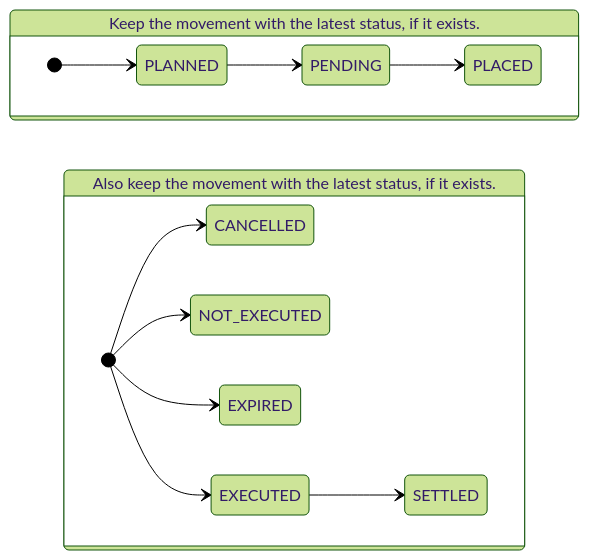
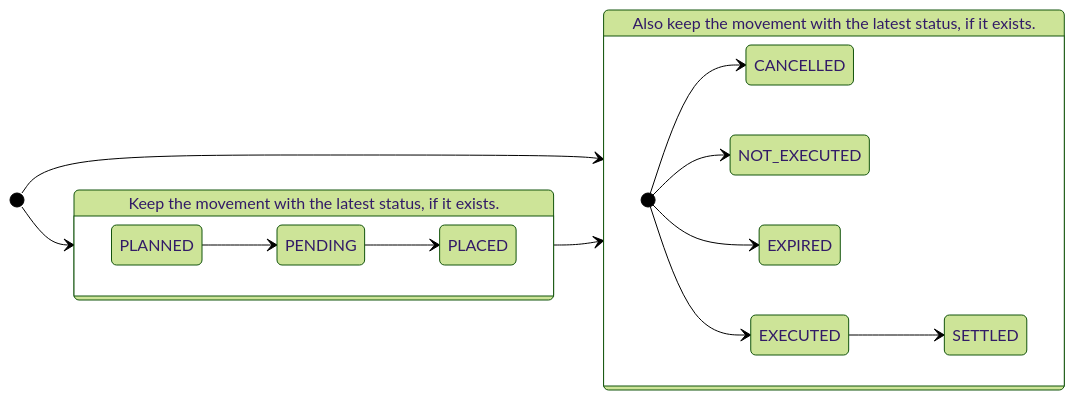
The second of 2 diagrams in docs/concepts/transactions.md (arcilli/investsuite-api-docs), drawn with Mermaid (forest theme) before and after one commit. The commit also changed other lines of this file and 13 other files, not shown here.

````diff
--- a/docs/concepts/transactions.md
+++ b/docs/concepts/transactions.md
@@ -419,20 +448,24 @@
 ```mermaid
 stateDiagram-v2
     direction LR
     groupOne: Keep the movement with the latest status, if it exists.
     groupTwo: Also keep the movement with the latest status, if it exists.
+
+    [*] --> groupOne
+    [*] --> groupTwo
+    groupOne --> groupTwo
+
     state groupOne {
         direction LR
-        [*] --> PLANNED
         PLANNED --> PENDING
         PENDING --> PLACED
     }
     state groupTwo {
     direction LR
       [*] --> CANCELLED
       [*] --> NOT_EXECUTED
       [*] --> EXPIRED
       [*] --> EXECUTED
       EXECUTED --> SETTLED
     }
 ```
````
